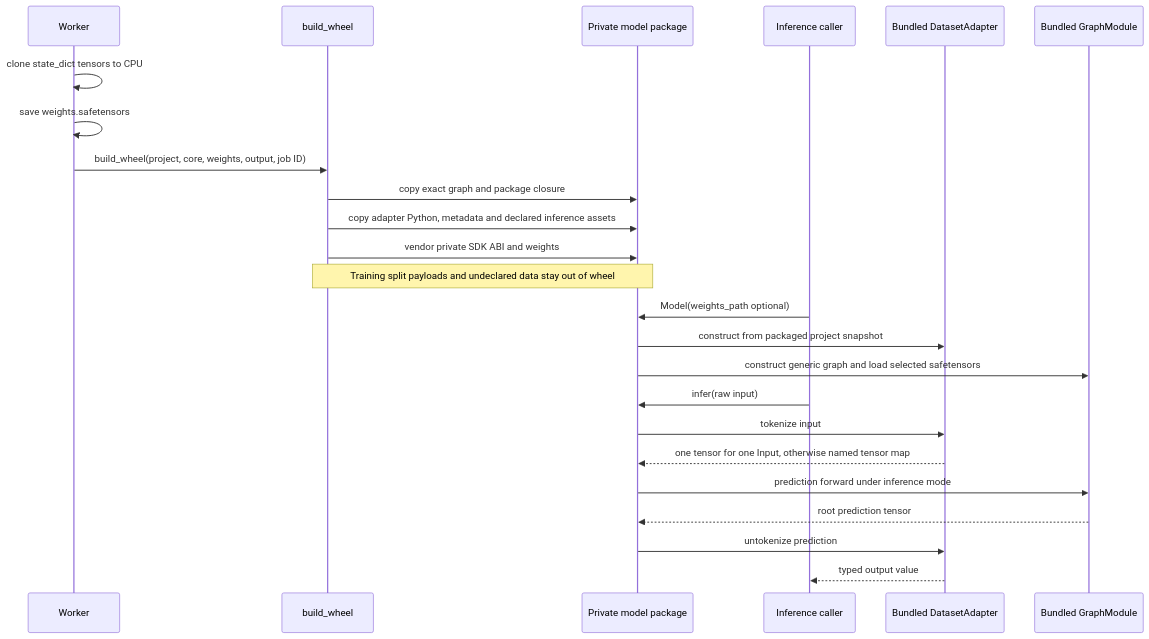
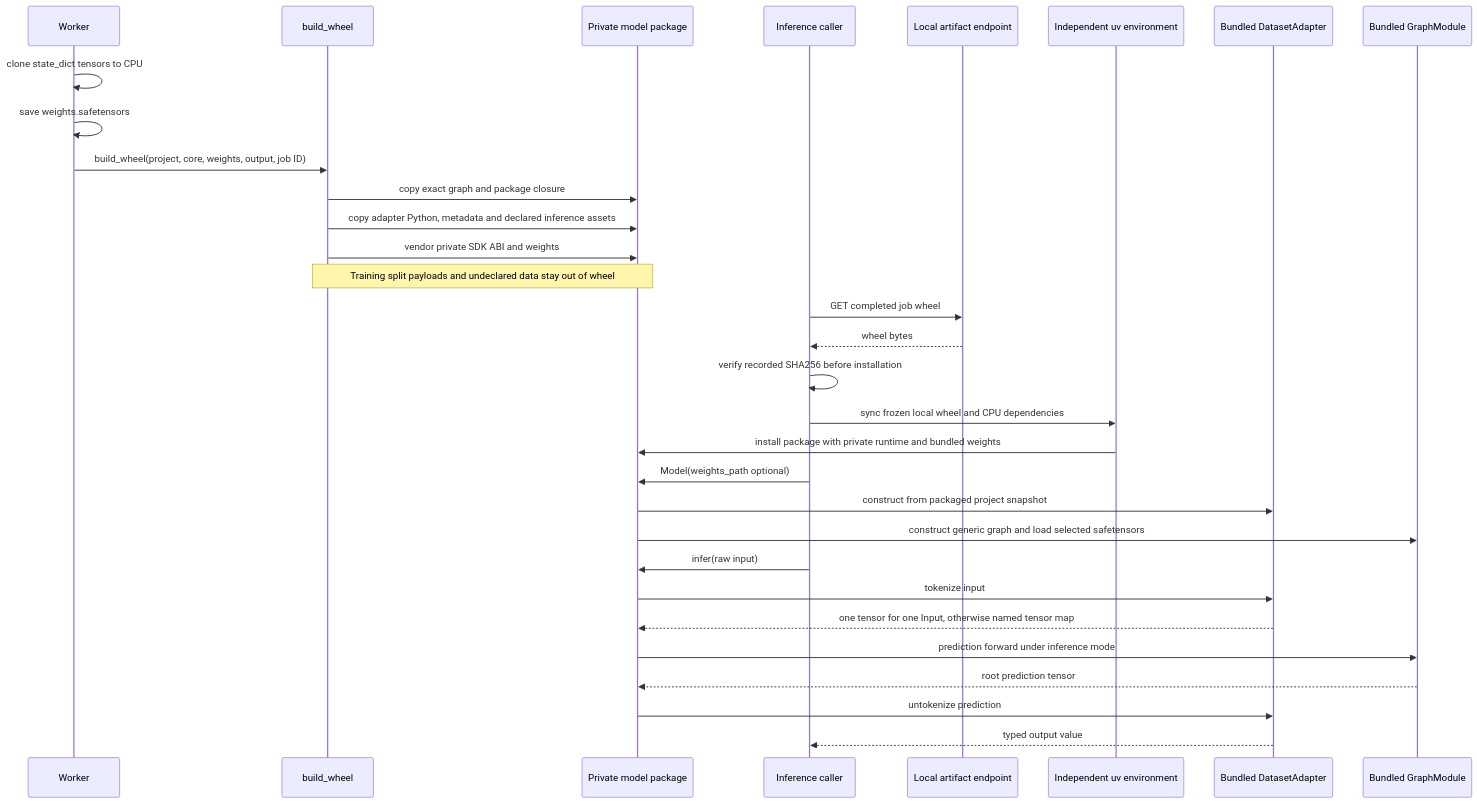
Before and after one commit to LucaSforza/nnmodelling-ui: the third of 3 diagrams in docs/knowledge/uml/sequences/python-runtime.md, drawn with Mermaid. The commit also changed other lines of this file and 119 other files, not shown here.

````diff
--- a/docs/knowledge/uml/sequences/python-runtime.md
+++ b/docs/knowledge/uml/sequences/python-runtime.md
@@ -110,26 +110,33 @@
 ```mermaid
   sequenceDiagram
     participant Worker
     participant Runtime as build_wheel
     participant Wheel as Private model package
     participant User as Inference caller
+    participant API as Local artifact endpoint
+    participant UV as Independent uv environment
     participant Adapter as Bundled DatasetAdapter
     participant Graph as Bundled GraphModule
     Worker->>Worker: clone state_dict tensors to CPU
     Worker->>Worker: save weights.safetensors
     Worker->>Runtime: build_wheel(project, core, weights, output, job ID)
     Runtime->>Wheel: copy exact graph and package closure
     Runtime->>Wheel: copy adapter Python, metadata and declared inference assets
     Runtime->>Wheel: vendor private SDK ABI and weights
     Note over Runtime,Wheel: Training split payloads and undeclared data stay out of wheel
+    User->>API: GET completed job wheel
+    API-->>User: wheel bytes
+    User->>User: verify recorded SHA256 before installation
+    User->>UV: sync frozen local wheel and CPU dependencies
+    UV->>Wheel: install package with private runtime and bundled weights
     User->>Wheel: Model(weights_path optional)
     Wheel->>Adapter: construct from packaged project snapshot
     Wheel->>Graph: construct generic graph and load selected safetensors
     User->>Wheel: infer(raw input)
     Wheel->>Adapter: tokenize input
     Adapter-->>Wheel: one tensor for one Input, otherwise named tensor map
     Wheel->>Graph: prediction forward under inference mode
     Graph-->>Wheel: root prediction tensor
     Wheel->>Adapter: untokenize prediction
     Adapter-->>User: typed output value
 ```
````
